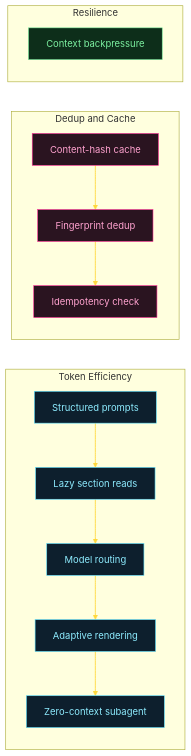
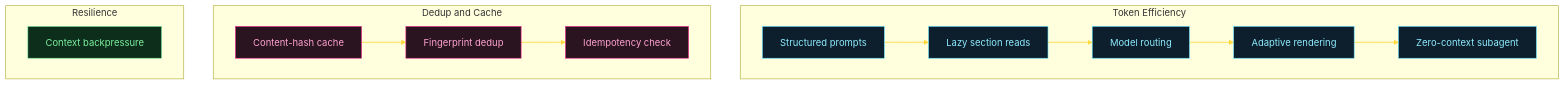
The eighth of 9 diagrams in README.md (RazvanGabrielNiculae/picasso-claude-design-claude-code-bridge-loop), drawn with Mermaid before and after one commit.

Commit message:
fix: Nine patterns horizontal layout using direction LR inside subgraphs

````diff
--- a/README.md
+++ b/README.md
@@ -355,28 +355,31 @@
 ```mermaid
-flowchart LR
+flowchart TD
     subgraph TOK["Token Efficiency"]
+        direction LR
         P01[Structured prompts] --> P04[Lazy section reads] --> P05[Model routing] --> P06[Adaptive rendering] --> P07[Zero-context subagent]
     end
     subgraph DED["Dedup and Cache"]
+        direction LR
         P02[Content-hash cache] --> P03[Fingerprint dedup] --> P08[Idempotency check]
     end
     subgraph RES["Resilience"]
+        direction LR
         P09[Context backpressure]
     end
 
     style P01 fill:#0d1f2d,stroke:#5ce1ff,color:#8eecff
     style P04 fill:#0d1f2d,stroke:#5ce1ff,color:#8eecff
     style P05 fill:#0d1f2d,stroke:#5ce1ff,color:#8eecff
     style P06 fill:#0d1f2d,stroke:#5ce1ff,color:#8eecff
     style P07 fill:#0d1f2d,stroke:#5ce1ff,color:#8eecff
     style P02 fill:#2a1420,stroke:#ff2d95,color:#ffa2cf
     style P03 fill:#2a1420,stroke:#ff2d95,color:#ffa2cf
     style P08 fill:#2a1420,stroke:#ff2d95,color:#ffa2cf
     style P09 fill:#0d2e1a,stroke:#7cf0a0,color:#7cf0a0
     linkStyle 0 stroke:#ffd83d,stroke-width:1.5px
     linkStyle 1 stroke:#ffd83d,stroke-width:1.5px
     linkStyle 2 stroke:#ffd83d,stroke-width:1.5px
     linkStyle 3 stroke:#ffd83d,stroke-width:1.5px
     linkStyle 4 stroke:#ffd83d,stroke-width:1.5px
     linkStyle 5 stroke:#ffd83d,stroke-width:1.5px
 ```
````
